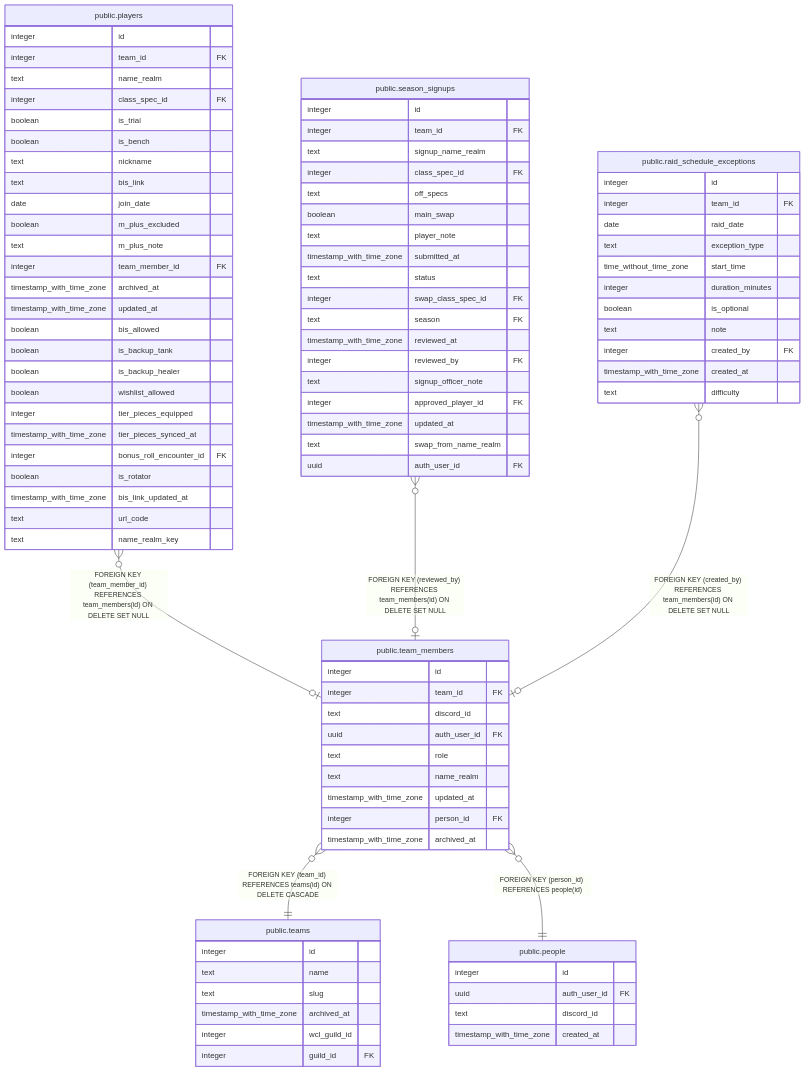
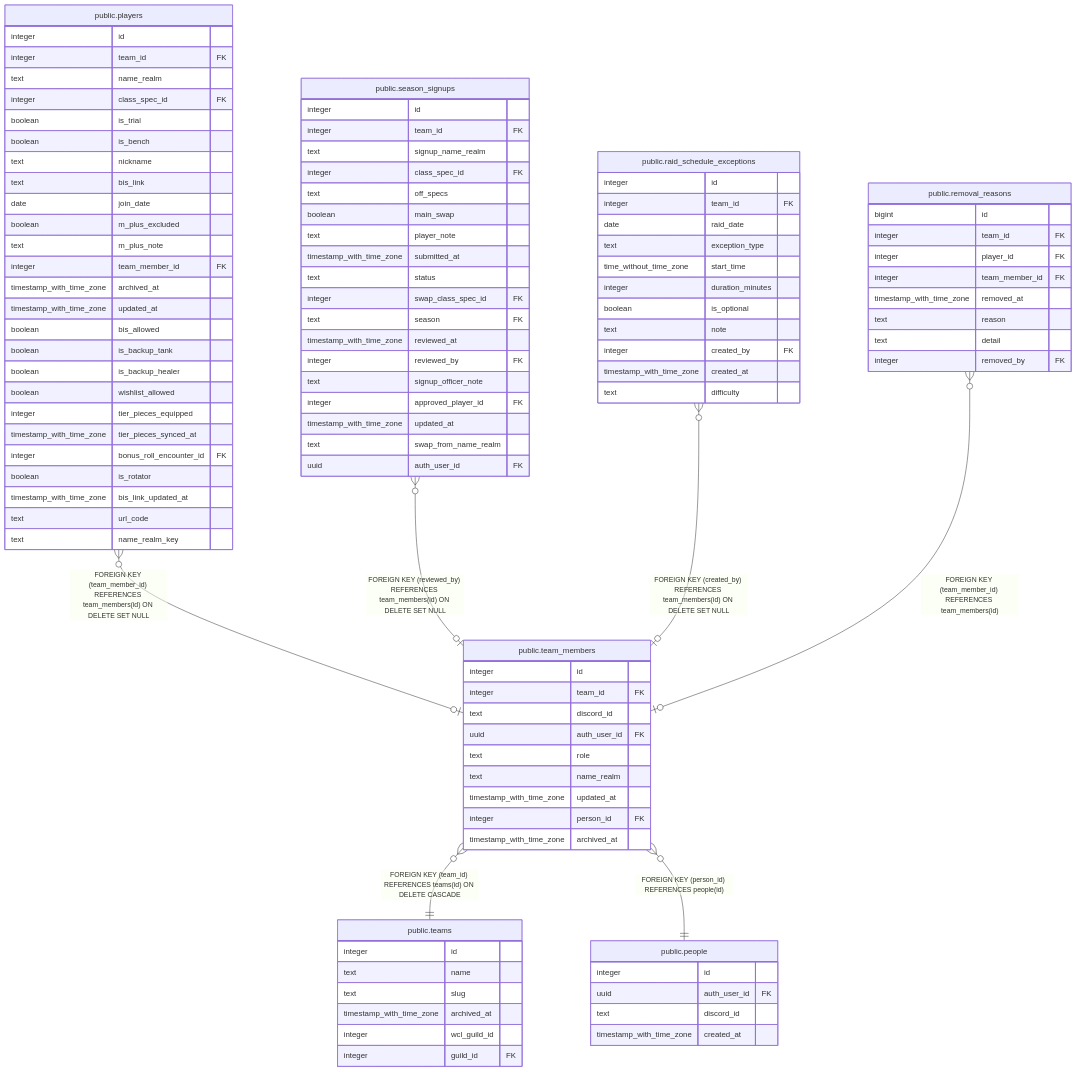
One commit to katogaming88/WGA-Raid-Hub changed the diagram in dbdoc/public.team_members.md. Above: the diagram before and after it, drawn with Mermaid. The commit also changed other lines of this file and 29 other files, not shown here.

First line of the commit message:
Every removal reason is kept, one row each, and nothing rewrites or deletes it (v3.165.0) (#1429)

```diff
--- a/dbdoc/public.team_members.md
+++ b/dbdoc/public.team_members.md
@@ -51,6 +51,7 @@
 "public.players" }o--o| "public.team_members" : "FOREIGN KEY (team_member_id) REFERENCES team_members(id) ON DELETE SET NULL"
 "public.season_signups" }o--o| "public.team_members" : "FOREIGN KEY (reviewed_by) REFERENCES team_members(id) ON DELETE SET NULL"
 "public.raid_schedule_exceptions" }o--o| "public.team_members" : "FOREIGN KEY (created_by) REFERENCES team_members(id) ON DELETE SET NULL"
+"public.removal_reasons" }o--o| "public.team_members" : "FOREIGN KEY (team_member_id) REFERENCES team_members(id)"
 "public.team_members" }o--|| "public.teams" : "FOREIGN KEY (team_id) REFERENCES teams(id) ON DELETE CASCADE"
 "public.team_members" }o--|| "public.people" : "FOREIGN KEY (person_id) REFERENCES people(id)"
 
@@ -125,6 +126,16 @@
   timestamp_with_time_zone created_at
   text difficulty
 }
+"public.removal_reasons" {
+  bigint id
+  integer team_id FK
+  integer player_id FK
+  integer team_member_id FK
+  timestamp_with_time_zone removed_at
+  text reason
+  text detail
+  integer removed_by FK
+}
 "public.teams" {
   integer id
   text name
```
